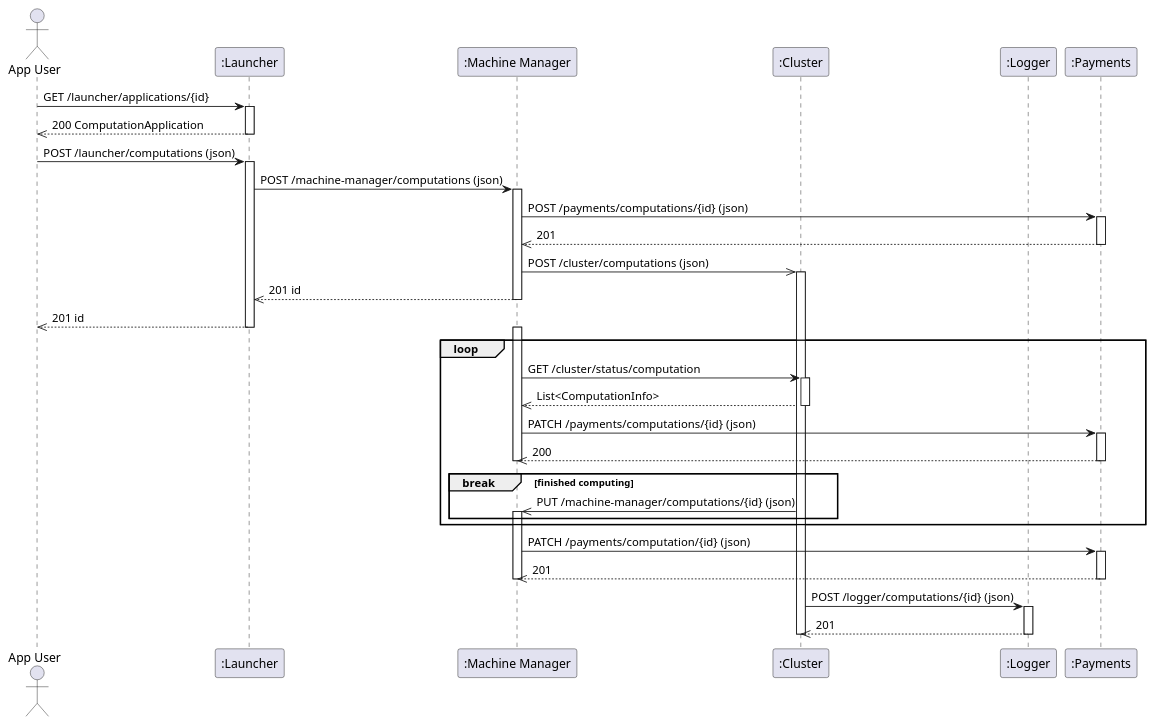
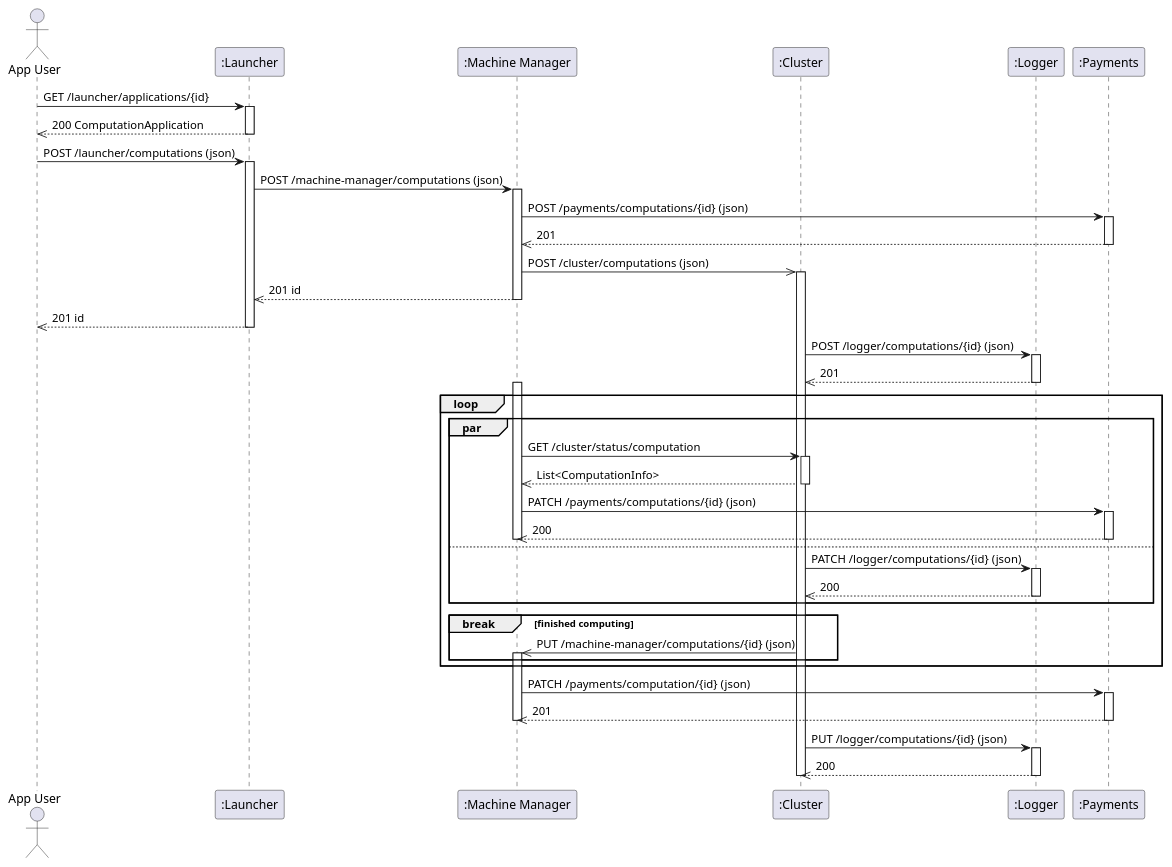
One commit to cetlinB/docs changed the diagram in sequences/activateApp/activateApp.puml. Above: the diagram before and after it, drawn with PlantUML.

Commit message:
Add async logging in activateApp

```diff
--- a/sequences/activateApp/activateApp.puml
+++ b/sequences/activateApp/activateApp.puml
@@ -1,68 +1,86 @@
 @startuml
 
 actor "App User" as AU
 participant ":Launcher" as CLa
 participant ":Machine Manager" as CM
 participant ":Cluster" as CC
 participant ":Logger" as CLo
 participant ":Payments" as CP
 
 AU -> CLa : GET /launcher/applications/{id}
 activate CLa
 CLa -->> AU : 200 ComputationApplication
 deactivate CLa
 
 AU -> CLa : POST /launcher/computations (json)
 activate CLa
 CLa -> CM : POST /machine-manager/computations (json)
 activate CM
 
 CM -> CP : POST /payments/computations/{id} (json)
 activate CP
 CP -->> CM : 201
 deactivate CP
 
 CM ->> CC : POST /cluster/computations (json)
 activate CC
 
 CM -->> CLa : 201 id
 deactivate CM
 
 CLa -->> AU : 201 id
 deactivate CLa
 
+CC -> CLo : POST /logger/computations/{id} (json)
+activate CLo
+CLo -->> CC : 201
+deactivate CLo
+
 loop
+
+par
 
 activate CM
 CM -> CC : GET /cluster/status/computation
 activate CC
 CC -->> CM : List<ComputationInfo>
 deactivate CC
 
 CM -> CP : PATCH /payments/computations/{id} (json)
 activate CP
 CP -->> CM : 200
 deactivate CP
 
 deactivate CM
 
+else
+
+CC -> CLo : PATCH /logger/computations/{id} (json)
+activate CLo
+CLo -->> CC : 200
+deactivate CLo
+
+end par
+
 break finished computing
 CC ->> CM : PUT /machine-manager/computations/{id} (json)
 activate CM
 
 end break
 end loop
 
 CM -> CP : PATCH /payments/computation/{id} (json)
 activate CP
 CP -->> CM : 201
 deactivate CP
 deactivate CM
 
-CC -> CLo : POST /logger/computations/{id} (json)
+CC -> CLo : PUT /logger/computations/{id} (json)
 activate CLo
-CLo -->> CC : 201
+CLo -->> CC : 200
 deactivate CLo
+
+
 deactivate CC
 
 @enduml
```
